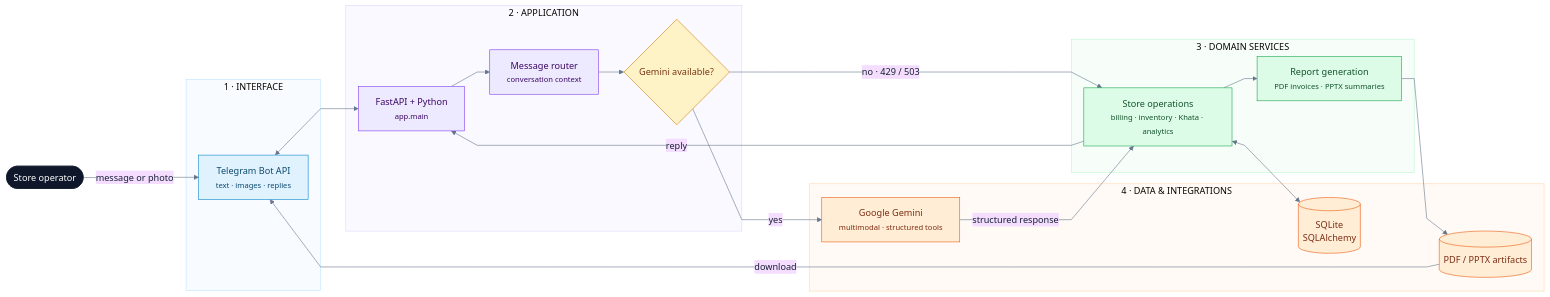
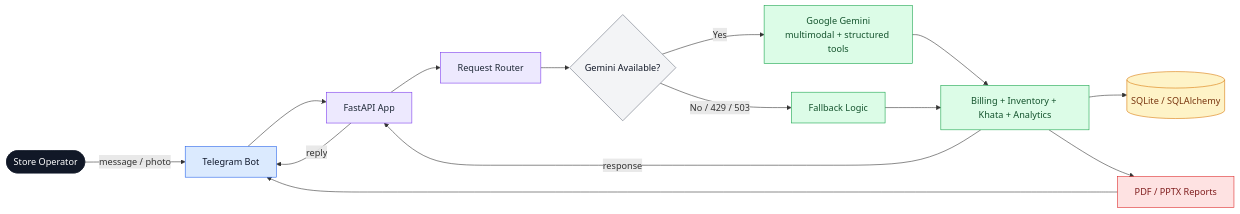
One commit to Sowndariya659/supermarket-ops-agent changed the diagram in docs/architecture.md. Above: the diagram before and after it, drawn with Mermaid. The commit also changed other lines of this file, not shown here.

Commit message:
docs: simplify architecture diagram for clarity

````diff
--- a/docs/architecture.md
+++ b/docs/architecture.md
@@ -5,65 +3,35 @@
 ```mermaid
-%%{init: {
-  "theme": "base",
-  "flowchart": { "htmlLabels": true, "curve": "linear", "nodeSpacing": 28, "rankSpacing": 44 },
-  "themeVariables": {
-    "fontFamily": "Inter, Arial, sans-serif",
-    "primaryTextColor": "#172033",
-    "lineColor": "#64748b",
-    "clusterBkg": "#f8fafc",
-    "clusterBorder": "#cbd5e1"
-  }
-}}%%
 flowchart LR
-    user([Store operator])
+    U([Store Operator]) -->|message / photo| T[Telegram Bot]
+    T --> A[FastAPI App]
+    A --> R[Request Router]
+    R --> G{Gemini Available?}
 
-    subgraph interface["1 · INTERFACE"]
-        tg["Telegram Bot API<br/><small>text · images · replies</small>"]
-    end
+    G -->|Yes| AI[Google Gemini
+multimodal + structured tools]
+    G -->|No / 429 / 503| F[Fallback Logic]
 
-    subgraph runtime["2 · APPLICATION"]
-        api["FastAPI + Python<br/><small>app.main</small>"]
-        router["Message router<br/><small>conversation context</small>"]
-        guard{"Gemini available?"}
-    end
+    AI --> O[Billing + Inventory + Khata + Analytics]
+    F --> O
+    O --> D[(SQLite / SQLAlchemy)]
+    O --> P[PDF / PPTX Reports]
+    P --> T
+    O -->|response| A
+    A -->|reply| T
 
-    subgraph services["3 · DOMAIN SERVICES"]
-        ops["Store operations<br/><small>billing · inventory · Khata · analytics</small>"]
-        reports["Report generation<br/><small>PDF invoices · PPTX summaries</small>"]
-    end
+    classDef user fill:#111827,stroke:#111827,color:#fff;
+    classDef interface fill:#dbeafe,stroke:#2563eb,color:#0f172a;
+    classDef app fill:#ede9fe,stroke:#7c3aed,color:#1f2937;
+    classDef ai fill:#dcfce7,stroke:#16a34a,color:#14532d;
+    classDef data fill:#fef3c7,stroke:#d97706,color:#78350f;
+    classDef report fill:#fee2e2,stroke:#dc2626,color:#7f1d1d;
+    classDef decision fill:#f3f4f6,stroke:#6b7280,color:#111827;
 
-    subgraph data["4 · DATA & INTEGRATIONS"]
-        db[("SQLite\nSQLAlchemy")]
-        ai["Google Gemini<br/><small>multimodal · structured tools</small>"]
-        files[("PDF / PPTX artifacts")]
-    end
-
-    user -->|message or photo| tg
-    tg <--> api
-    api --> router --> guard
-    guard -->|yes| ai
-    ai -->|structured response| ops
-    guard -->|no · 429 / 503| ops
-    ops <--> db
-    ops --> reports --> files
-    files -->|download| tg
-    ops -->|reply| api
-
-    classDef actor fill:#0f172a,stroke:#0f172a,color:#ffffff;
-    classDef interface fill:#e0f2fe,stroke:#0284c7,color:#0c4a6e;
-    classDef application fill:#ede9fe,stroke:#7c3aed,color:#3b0764;
-    classDef domain fill:#dcfce7,stroke:#16a34a,color:#14532d;
-    classDef integration fill:#ffedd5,stroke:#ea580c,color:#7c2d12;
-    classDef decision fill:#fef3c7,stroke:#d97706,color:#78350f;
-    class user actor;
-    class tg interface;
-    class api,router application;
-    class ops,reports domain;
-    class db,ai,files integration;
-    class guard decision;
-
-    style interface fill:#f8fbff,stroke:#bae6fd,stroke-width:1px
-    style runtime fill:#faf9ff,stroke:#ddd6fe,stroke-width:1px
-    style services fill:#f7fdf8,stroke:#bbf7d0,stroke-width:1px
-    style data fill:#fffaf5,stroke:#fed7aa,stroke-width:1px
+    class U user;
+    class T interface;
+    class A,R app;
+    class G decision;
+    class AI,F,O ai;
+    class D data;
+    class P report;
 ```
````
